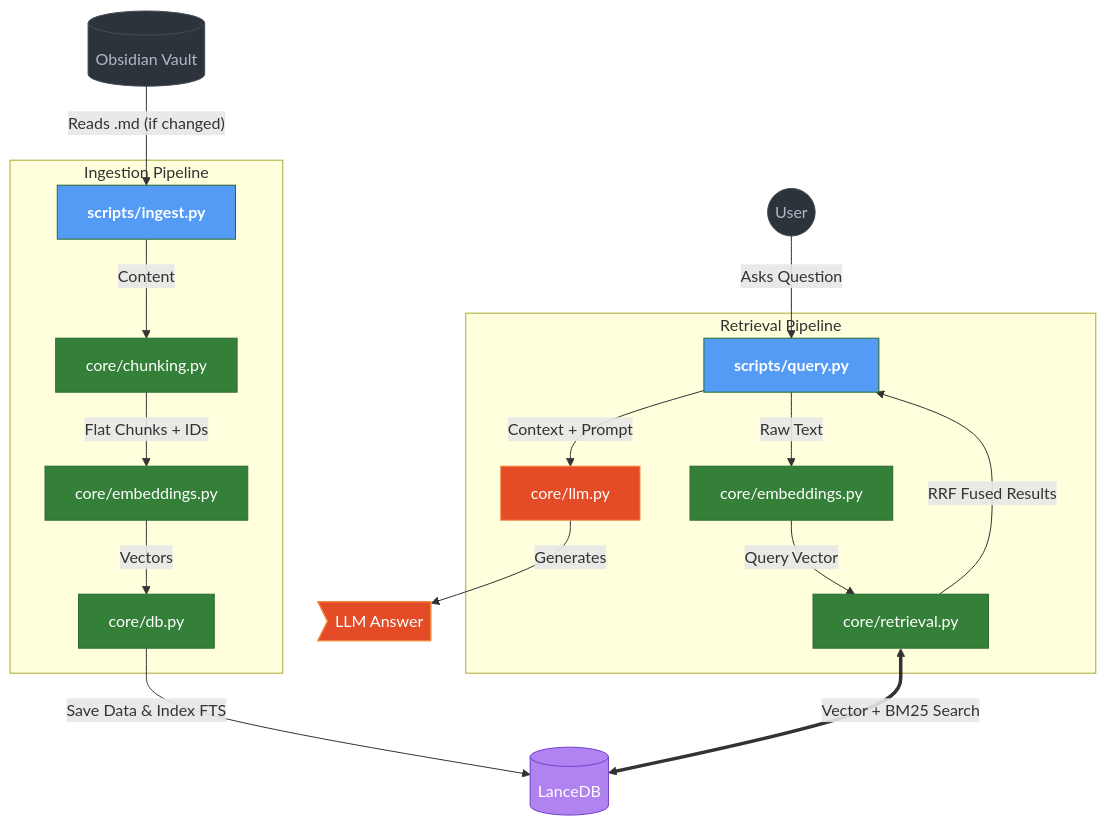
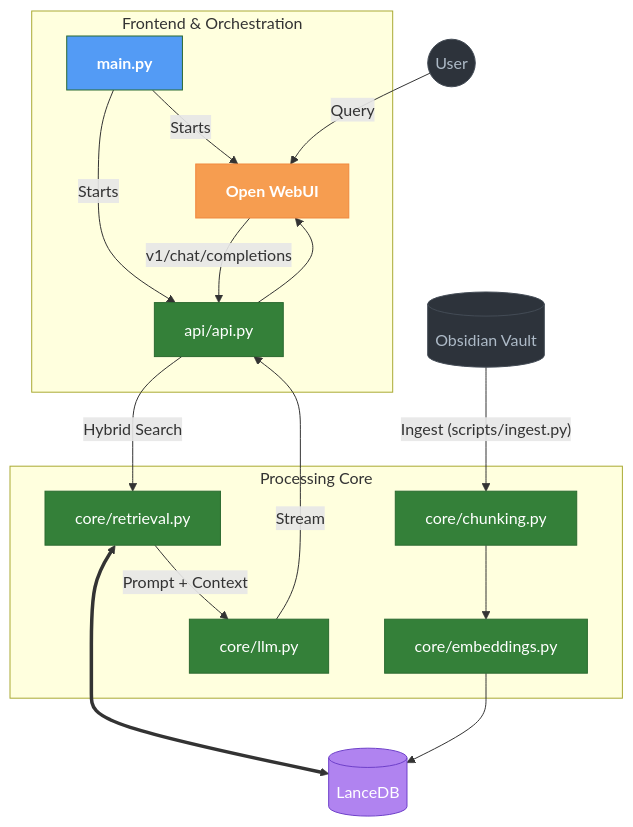
Before and after one commit to Reezo912/obsidian-rag: the diagram in readme.md, drawn with Mermaid. The commit also changed other lines of this file, not shown here.

Commit message:
docs: Revise README for improved clarity, conciseness, and to reflect the updated architecture, roadmap, and getting started instructions.

````diff
--- a/readme.md
+++ b/readme.md
@@ -66,44 +28,40 @@
 ```mermaid
 graph TD
     %% Styling
     classDef file fill:#2d333b,stroke:#444c56,color:#adbac7;
     classDef script fill:#539bf5,stroke:#2b6a30,color:#fff,font-weight:bold;
     classDef core fill:#348039,stroke:#2b6a30,color:#fff;
     classDef db fill:#b083f0,stroke:#6e40c9,color:#fff;
-    classDef llm fill:#e34c26,stroke:#f0883e,color:#fff;
+    classDef ui fill:#f69d50,stroke:#f0883e,color:#fff,font-weight:bold;
 
     Vault[(Obsidian Vault)]:::file
     DB[(LanceDB)]:::db
     User((User)):::file
-    Answer>LLM Answer]:::llm
-
-    subgraph "Ingestion Pipeline"
-        Ingest[scripts/ingest.py]:::script
-        Chunk[core/chunking.py]:::core
-        EmbedI[core/embeddings.py]:::core
-        DBWrite[core/db.py]:::core
+    
+    subgraph "Frontend & Orchestration"
+        Main[main.py]:::script
+        WebUI[Open WebUI]:::ui
+        API[api/api.py]:::core
     end
 
-    subgraph "Retrieval Pipeline"
-        Query[scripts/query.py]:::script
-        EmbedQ[core/embeddings.py]:::core
+    subgraph "Processing Core"
+        Chunk[core/chunking.py]:::core
+        Embed[core/embeddings.py]:::core
         Ret[core/retrieval.py]:::core
-        LLM[core/llm.py]:::llm
+        LLM[core/llm.py]:::core
     end
 
-    %% Flow: Ingestion (Left Column)
-    Vault -- "Reads .md (if changed)" --> Ingest
-    Ingest -- "Content" --> Chunk
-    Chunk -- "Flat Chunks + IDs" --> EmbedI
-    EmbedI -- "Vectors" --> DBWrite
-    DBWrite -- "Save Data & Index FTS" --> DB
-
-    %% Flow: Retrieval (Right Column)
-    User -- "Asks Question" --> Query
-    Query -- "Raw Text" --> EmbedQ
-    EmbedQ -- "Query Vector" --> Ret
-    Ret <== "Vector + BM25 Search" ==> DB
-    Ret -- "RRF Fused Results" --> Query
-    Query -- "Context + Prompt" --> LLM
-    LLM -- "Generates" --> Answer
+    %% Flow
+    Main -- "Starts" --> API
+    Main -- "Starts" --> WebUI
+    
+    Vault -- "Ingest (scripts/ingest.py)" --> Chunk
+    Chunk --> Embed --> DB
+    
+    User -- "Query" --> WebUI
+    WebUI -- "v1/chat/completions" --> API
+    API -- "Hybrid Search" --> Ret
+    Ret <==> DB
+    Ret -- "Prompt + Context" --> LLM
+    LLM -- "Stream" --> API --> WebUI
 ```
````
